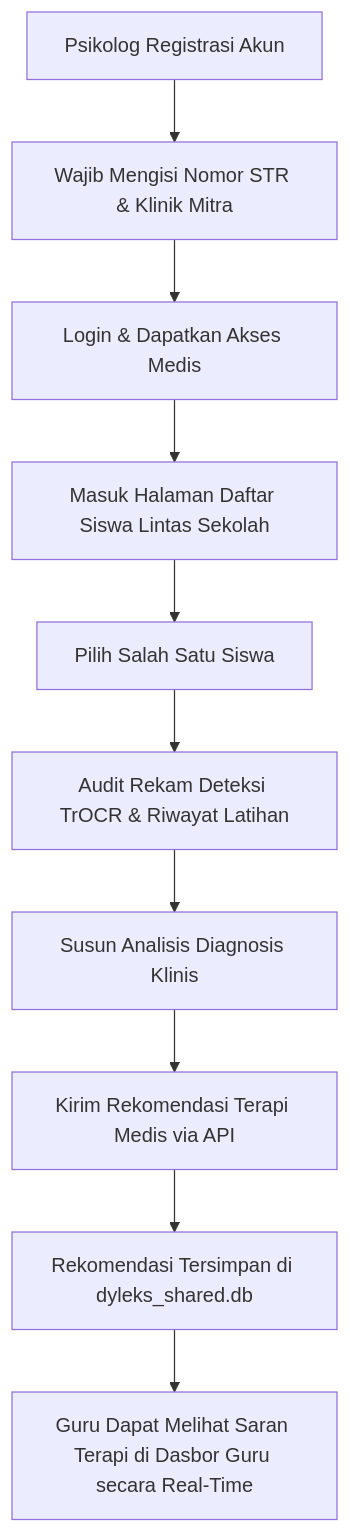
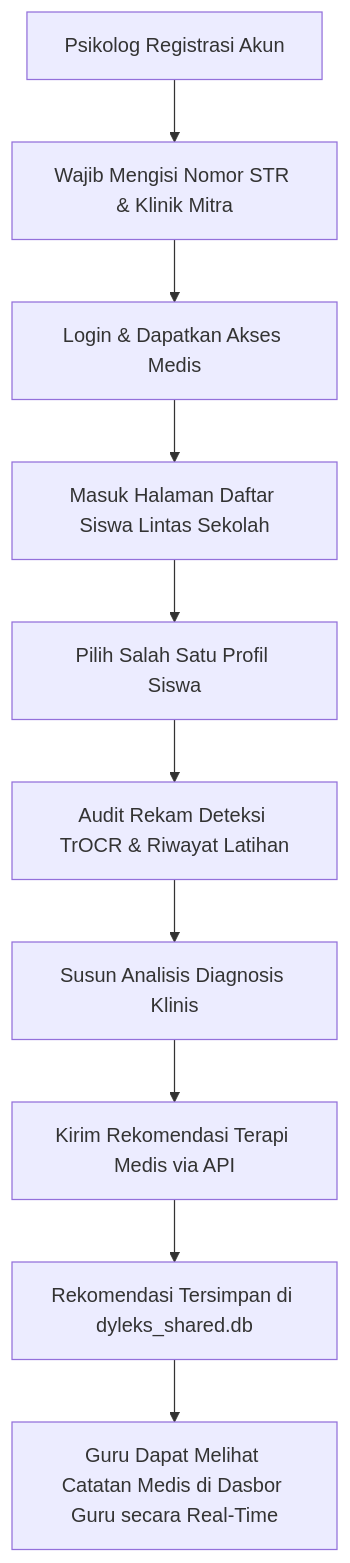
One commit to Thbetyfu/DYLEKS-PSIKOLOG changed the diagram in README.md. Above: the diagram before and after it, drawn with Mermaid. The commit also changed other lines of this file, not shown here.

Commit message:
docs: expand Psikolog README with deep-dive technical mechanics, STR validation, and clinical audit flow

````diff
--- a/README.md
+++ b/README.md
@@ -11,12 +11,12 @@
 ```mermaid
 graph TD
     A[Psikolog Registrasi Akun] --> B[Wajib Mengisi Nomor STR & Klinik Mitra]
     B --> C[Login & Dapatkan Akses Medis]
     C --> D[Masuk Halaman Daftar Siswa Lintas Sekolah]
-    D --> E[Pilih Salah Satu Siswa]
+    D --> E[Pilih Salah Satu Profil Siswa]
     E --> F[Audit Rekam Deteksi TrOCR & Riwayat Latihan]
     F --> G[Susun Analisis Diagnosis Klinis]
     G --> H[Kirim Rekomendasi Terapi Medis via API]
     H --> I[Rekomendasi Tersimpan di dyleks_shared.db]
-    I --> J[Guru Dapat Melihat Saran Terapi di Dasbor Guru secara Real-Time]
+    I --> J[Guru Dapat Melihat Catatan Medis di Dasbor Guru secara Real-Time]
 ```
````
